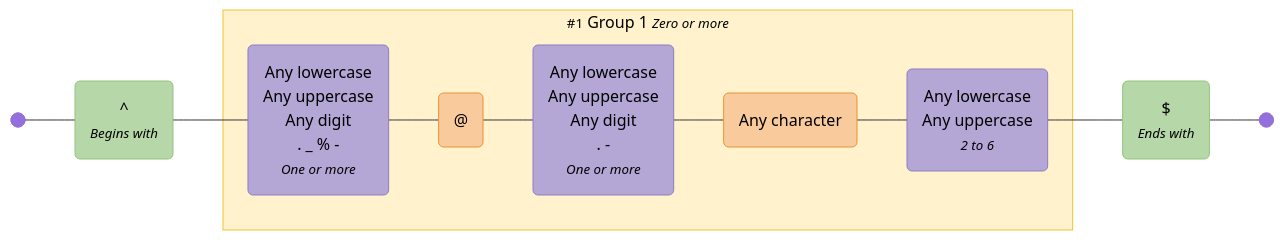
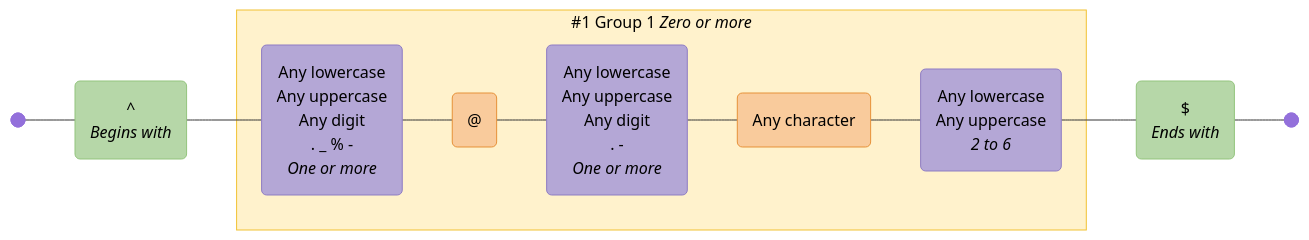
Before and after one commit to tayles/regex-to-mermaid: the diagram in diagrams/email-address.mermaid, drawn with Mermaid. The commit also changed 37 other files, not shown here.

```diff
--- a/diagrams/email-address.mermaid
+++ b/diagrams/email-address.mermaid
@@ -1,45 +1,45 @@
 graph LR
   accTitle: "Regex: ^([a-zA-Z0-9._%-]+@[a-zA-Z0-9.-]+\\.[a-zA-Z]{2,6})*$"
   accDescr: "Generated with regex-to-mermaid@1.0.3"
 
   %% Nodes
   start@{ shape: f-circ };
   fin@{ shape: f-circ };
-  assertion_1("^<br><i><small>Begins with</small></i>"):::assertion;
-  char_class_1("Any lowercase<br>Any uppercase<br>Any digit<br>. _ % -<br><i><small>One or more</small></i>"):::char-class;
+  assertion_1("^<br><i>Begins with</i>"):::assertion;
+  char_class_1("Any lowercase<br>Any uppercase<br>Any digit<br>. _ % -<br><i>One or more</i>"):::char-class;
   literal_1("@"):::literal;
-  char_class_2("Any lowercase<br>Any uppercase<br>Any digit<br>. -<br><i><small>One or more</small></i>"):::char-class;
+  char_class_2("Any lowercase<br>Any uppercase<br>Any digit<br>. -<br><i>One or more</i>"):::char-class;
   literal_2("Any character"):::literal;
-  char_class_3("Any lowercase<br>Any uppercase<br><i><small>2 to 6</small></i>"):::char-class;
-  assertion_2("$<br><i><small>Ends with</small></i>"):::assertion;
+  char_class_3("Any lowercase<br>Any uppercase<br><i>2 to 6</i>"):::char-class;
+  assertion_2("$<br><i>Ends with</i>"):::assertion;
 
   %% Subgraphs
-  subgraph standard_1 ["<small>#1</small> Group 1 <small><i>Zero or more</i></small>"]
+  subgraph standard_1 ["#1 Group 1 <i>Zero or more</i>"]
     char_class_1
     literal_1
     char_class_2
     literal_2
     char_class_3
   end
 
   %% Edges
   start --- assertion_1;
   assertion_1 --- char_class_1;
   char_class_1 --- literal_1;
   literal_1 --- char_class_2;
   char_class_2 --- literal_2;
   literal_2 --- char_class_3;
   char_class_3 --- assertion_2;
   assertion_2 --- fin;
 
   %% Styles
   %% Node Styling
   classDef assertion fill:#B6D7A8,stroke:#93C47D,color:#000000;
   classDef char-class fill:#B4A7D6,stroke:#8E7CC3,color:#000000;
   classDef literal fill:#F9CB9C,stroke:#E69138,color:#000000;
 
   %% Group Styling
   classDef standard fill:#FFF2CC,stroke:#F1C232,color:#000000;
 
   %% Apply Group Classes
   class standard_1 standard;
```
